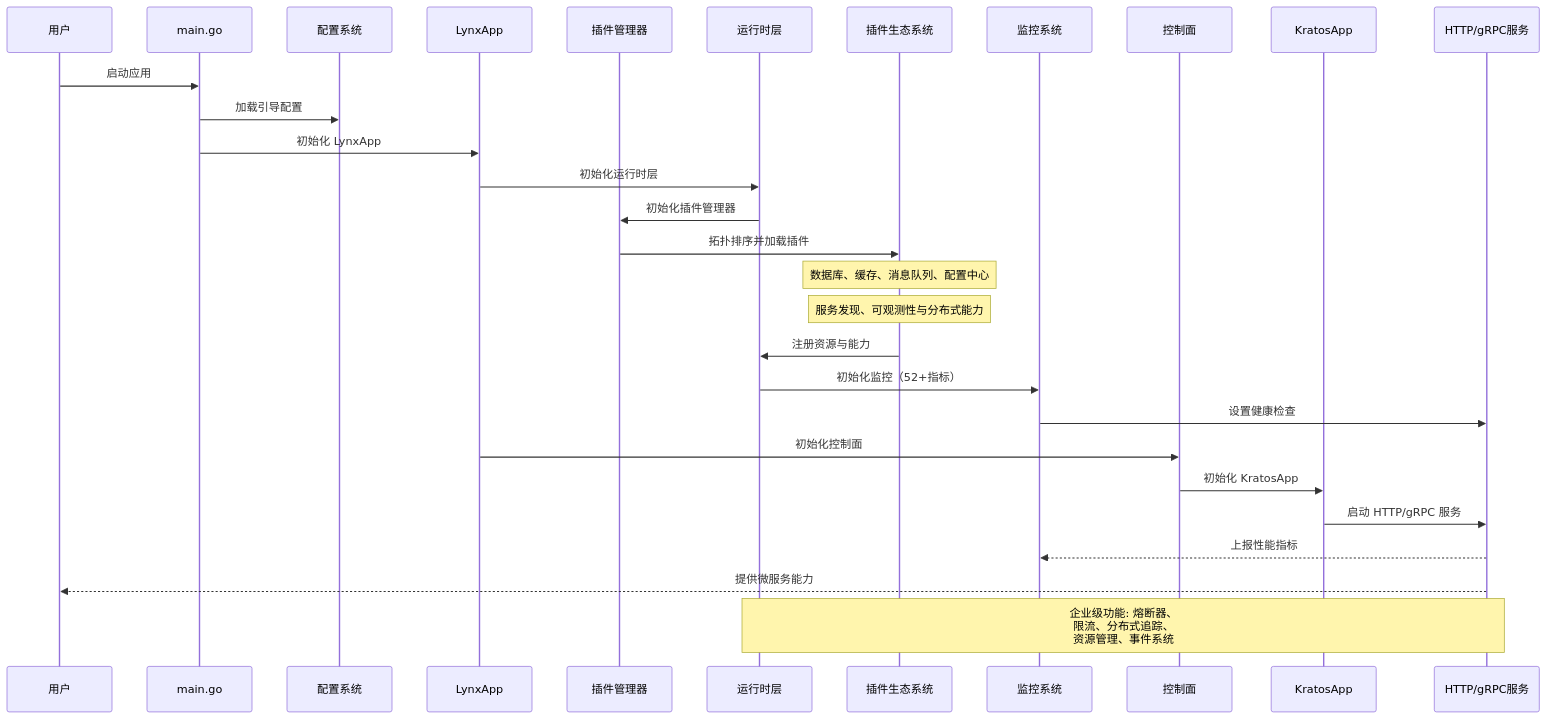
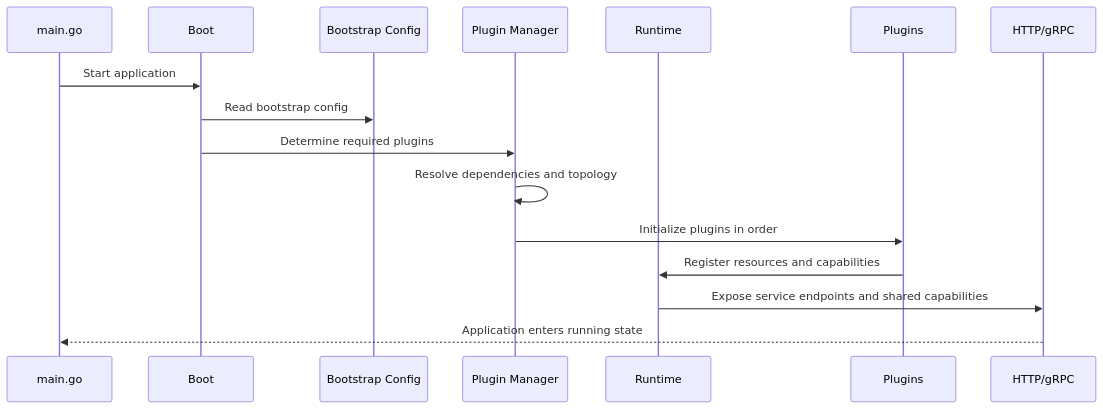
One commit to go-lynx/lynx.github.cn changed the second of 2 diagrams in i18n/zh/docusaurus-plugin-content-docs/current/intro/04-arch.md. Above: the diagram before and after it, drawn with Mermaid. The commit also changed other lines of this file and 107 other files, not shown here.

````diff
--- a/i18n/zh/docusaurus-plugin-content-docs/current/intro/04-arch.md
+++ b/i18n/zh/docusaurus-plugin-content-docs/current/intro/04-arch.md
@@ -72,37 +66,19 @@
 ```mermaid
 sequenceDiagram
-    participant User as 用户
     participant Main as main.go
-    participant Config as 配置系统
-    participant LynxApp as LynxApp
-    participant PluginMgr as 插件管理器
-    participant Runtime as 运行时层
-    participant Plugins as 插件生态系统
-    participant Monitor as 监控系统
-    participant Control as 控制面
-    participant Kratos as KratosApp
-    participant Service as HTTP/gRPC服务
+    participant Boot as Boot
+    participant Config as Bootstrap Config
+    participant Manager as Plugin Manager
+    participant Runtime as Runtime
+    participant Plugins as Plugins
+    participant Service as HTTP/gRPC
 
-    User->>Main: 启动应用
-    Main->>Config: 加载引导配置
-    Main->>LynxApp: 初始化 LynxApp
-    LynxApp->>Runtime: 初始化运行时层
-    Runtime->>PluginMgr: 初始化插件管理器
-    PluginMgr->>Plugins: 拓扑排序并加载插件
-    
-    Note over Plugins: 数据库、缓存、消息队列、配置中心
-    Note over Plugins: 服务发现、可观测性与分布式能力
-    
-    Plugins->>Runtime: 注册资源与能力
-    Runtime->>Monitor: 初始化监控（52+指标）
-    Monitor->>Service: 设置健康检查
-    
-    LynxApp->>Control: 初始化控制面
-    Control->>Kratos: 初始化 KratosApp
-    Kratos->>Service: 启动 HTTP/gRPC 服务
-    
-    Service-->>Monitor: 上报性能指标
-    Service-->>User: 提供微服务能力
-    
-    Note over Runtime,Service: 企业级功能: 熔断器、<br/>限流、分布式追踪、<br/>资源管理、事件系统
+    Main->>Boot: Start application
+    Boot->>Config: Read bootstrap config
+    Boot->>Manager: Determine required plugins
+    Manager->>Manager: Resolve dependencies and topology
+    Manager->>Plugins: Initialize plugins in order
+    Plugins->>Runtime: Register resources and capabilities
+    Runtime->>Service: Expose service endpoints and shared capabilities
+    Service-->>Main: Application enters running state
 ```
````
